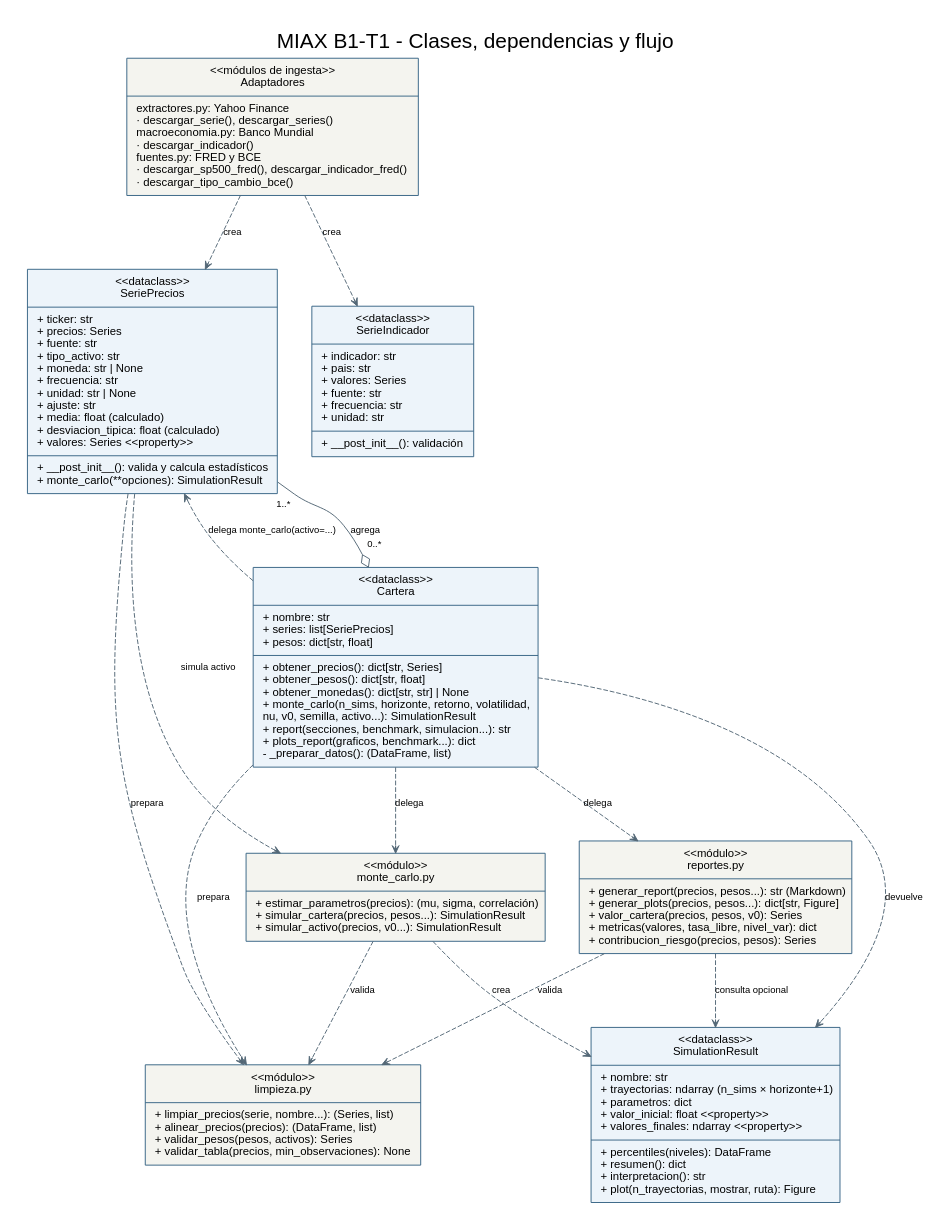
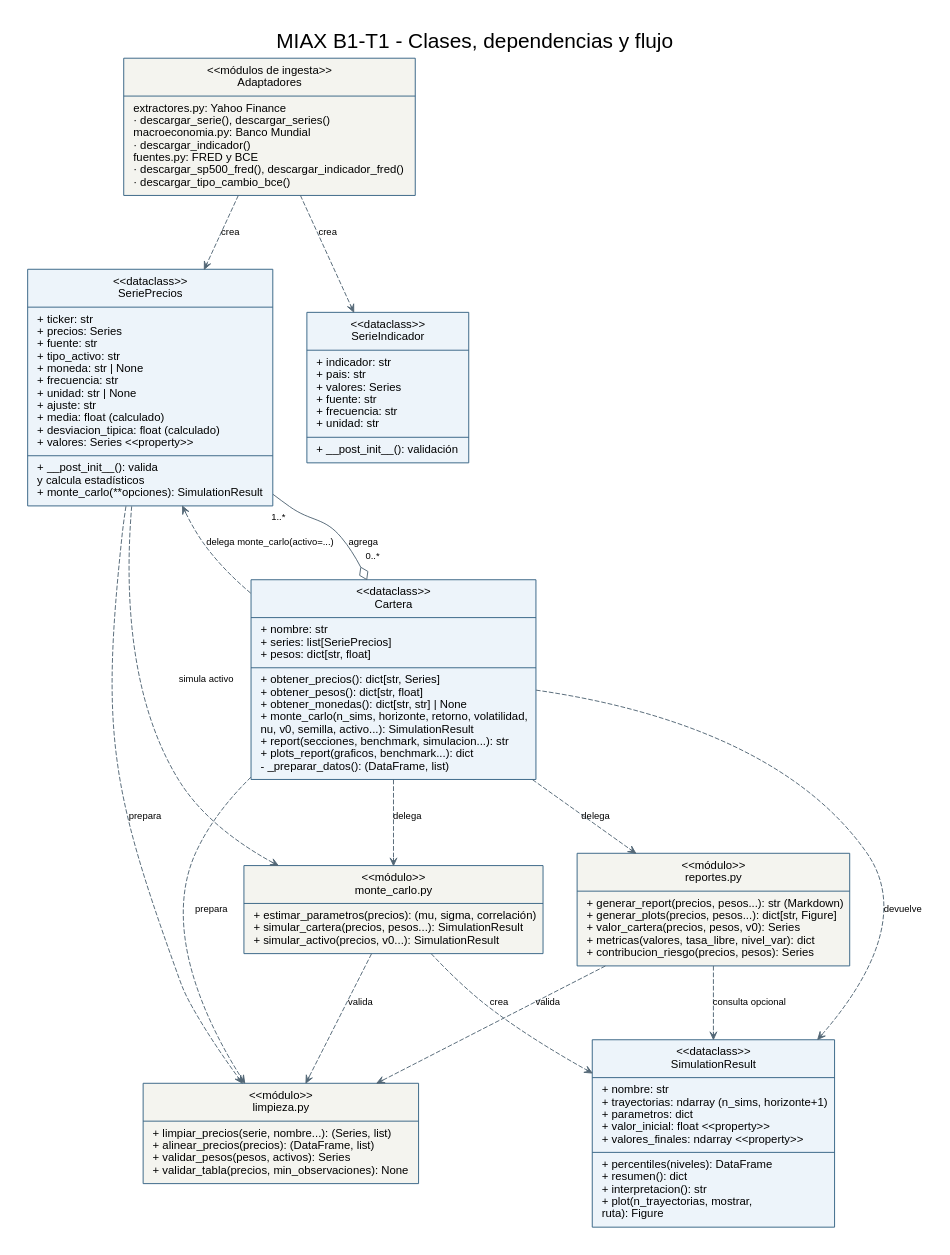
One commit to raaauulg/portfolio-risk-toolkit changed the diagram in docs/arquitectura.dot. Above: the diagram before and after it, drawn with Graphviz. The commit also changed 5 other files, not shown here.

```diff
--- a/docs/arquitectura.dot
+++ b/docs/arquitectura.dot
@@ -1,38 +1,38 @@
 // Diagrama UML de clases y dependencias del toolkit (apartado 4.6).
 // Notación: flecha discontinua con punta abierta = dependencia (usa, crea, delega);
 // línea continua con rombo vacío = agregación. «módulo» = fichero Python con
 // funciones, no una clase. Regenerar: dot -Tsvg docs/arquitectura.dot -o docs/arquitectura.svg
 digraph Toolkit {
   graph [rankdir=TB, bgcolor="white", pad=0.3, nodesep=0.5, ranksep=0.9,
          fontname="Arial", label="MIAX B1-T1 - Clases, dependencias y flujo", labelloc=t, fontsize=22];
   node [shape=record, fontname="Arial", fontsize=12, style=filled, fillcolor="#edf4fa", color="#376485", margin="0.14,0.10"];
   edge [fontname="Arial", fontsize=10, color="#536776", arrowsize=0.8, arrowhead=vee];
 
   Adaptadores [label="{\<\<módulos de ingesta\>\>\nAdaptadores|extractores.py: Yahoo Finance\l   · descargar_serie(), descargar_series()\lmacroeconomia.py: Banco Mundial\l   · descargar_indicador()\lfuentes.py: FRED y BCE\l   · descargar_sp500_fred(), descargar_indicador_fred()\l   · descargar_tipo_cambio_bce()\l}", fillcolor="#f4f4ef"];
-  SeriePrecios [label="{\<\<dataclass\>\>\nSeriePrecios|+ ticker: str\l+ precios: Series\l+ fuente: str\l+ tipo_activo: str\l+ moneda: str \| None\l+ frecuencia: str\l+ unidad: str \| None\l+ ajuste: str\l+ media: float  (calculado)\l+ desviacion_tipica: float  (calculado)\l+ valores: Series  \<\<property\>\>\l|+ __post_init__(): valida y calcula estadísticos\l+ monte_carlo(**opciones): SimulationResult\l}"];
+  SeriePrecios [label="{\<\<dataclass\>\>\nSeriePrecios|+ ticker: str\l+ precios: Series\l+ fuente: str\l+ tipo_activo: str\l+ moneda: str \| None\l+ frecuencia: str\l+ unidad: str \| None\l+ ajuste: str\l+ media: float  (calculado)\l+ desviacion_tipica: float  (calculado)\l+ valores: Series  \<\<property\>\>\l|+ __post_init__(): valida\l      y calcula estadísticos\l+ monte_carlo(**opciones): SimulationResult\l}"];
   SerieIndicador [label="{\<\<dataclass\>\>\nSerieIndicador|+ indicador: str\l+ pais: str\l+ valores: Series\l+ fuente: str\l+ frecuencia: str\l+ unidad: str\l|+ __post_init__(): validación\l}"];
   Cartera [label="{\<\<dataclass\>\>\nCartera|+ nombre: str\l+ series: list[SeriePrecios]\l+ pesos: dict[str, float]\l|+ obtener_precios(): dict[str, Series]\l+ obtener_pesos(): dict[str, float]\l+ obtener_monedas(): dict[str, str] \| None\l+ monte_carlo(n_sims, horizonte, retorno, volatilidad,\l      nu, v0, semilla, activo...): SimulationResult\l+ report(secciones, benchmark, simulacion...): str\l+ plots_report(graficos, benchmark...): dict\l- _preparar_datos(): (DataFrame, list)\l}"];
   Limpieza [label="{\<\<módulo\>\>\nlimpieza.py|+ limpiar_precios(serie, nombre...): (Series, list)\l+ alinear_precios(precios): (DataFrame, list)\l+ validar_pesos(pesos, activos): Series\l+ validar_tabla(precios, min_observaciones): None\l}", fillcolor="#f4f4ef"];
   Motor [label="{\<\<módulo\>\>\nmonte_carlo.py|+ estimar_parametros(precios): (mu, sigma, correlación)\l+ simular_cartera(precios, pesos...): SimulationResult\l+ simular_activo(precios, v0...): SimulationResult\l}", fillcolor="#f4f4ef"];
-  SimulationResult [label="{\<\<dataclass\>\>\nSimulationResult|+ nombre: str\l+ trayectorias: ndarray  (n_sims × horizonte+1)\l+ parametros: dict\l+ valor_inicial: float  \<\<property\>\>\l+ valores_finales: ndarray  \<\<property\>\>\l|+ percentiles(niveles): DataFrame\l+ resumen(): dict\l+ interpretacion(): str\l+ plot(n_trayectorias, mostrar, ruta): Figure\l}"];
+  SimulationResult [label="{\<\<dataclass\>\>\nSimulationResult|+ nombre: str\l+ trayectorias: ndarray  (n_sims, horizonte+1)\l+ parametros: dict\l+ valor_inicial: float  \<\<property\>\>\l+ valores_finales: ndarray  \<\<property\>\>\l|+ percentiles(niveles): DataFrame\l+ resumen(): dict\l+ interpretacion(): str\l+ plot(n_trayectorias, mostrar,\l      ruta): Figure\l}"];
   Reportes [label="{\<\<módulo\>\>\nreportes.py|+ generar_report(precios, pesos...): str (Markdown)\l+ generar_plots(precios, pesos...): dict[str, Figure]\l+ valor_cartera(precios, pesos, v0): Series\l+ metricas(valores, tasa_libre, nivel_var): dict\l+ contribucion_riesgo(precios, pesos): Series\l}", fillcolor="#f4f4ef"];
 
   Adaptadores -> SeriePrecios [style=dashed, label="crea"];
   Adaptadores -> SerieIndicador [style=dashed, label="crea"];
   // Agregación: rombo vacío en el todo (Cartera). Una cartera tiene 1..* series;
   // una serie puede estar en 0..* carteras.
   SeriePrecios -> Cartera [dir=both, arrowtail=none, arrowhead=odiamond, arrowsize=1.2,
                            taillabel="1..*", headlabel="0..*", labeldistance=2.5, labelangle=-40,
                            label="agrega"];
   Cartera -> SeriePrecios [style=dashed, label="delega monte_carlo(activo=...)", constraint=false];
   Cartera -> Limpieza [style=dashed, label="prepara"];
   Cartera -> Motor [style=dashed, label="delega"];
   Cartera -> Reportes [style=dashed, label="delega"];
   Cartera -> SimulationResult [style=dashed, label="devuelve"];
   SeriePrecios -> Motor [style=dashed, label="simula activo"];
   SeriePrecios -> Limpieza [style=dashed, label="prepara"];
   Motor -> Limpieza [style=dashed, label="valida"];
   Reportes -> Limpieza [style=dashed, label="valida"];
   Motor -> SimulationResult [style=dashed, label="crea"];
   Reportes -> SimulationResult [style=dashed, label="consulta opcional"];
 }
```
